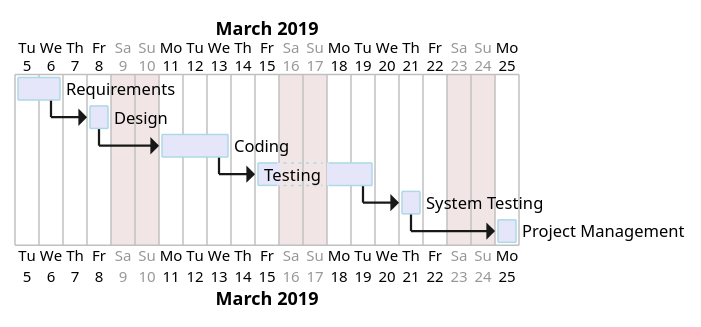
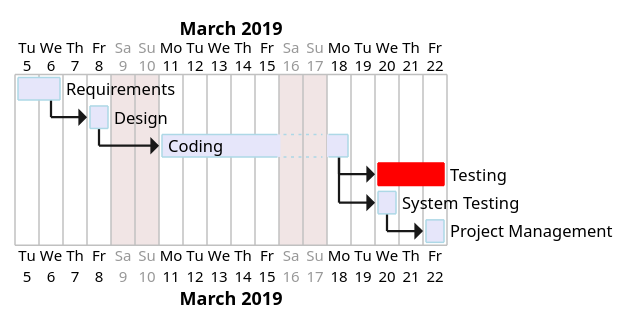
Before and after one commit to salvatore-dimartino/LaTazza: the diagram in templates/templates_EstimationTemplate.md, drawn with PlantUML.

````diff
--- a/templates/templates_EstimationTemplate.md
+++ b/templates/templates_EstimationTemplate.md
@@ -62,13 +62,13 @@
 ```plantuml
 @startgantt
 project starts the 2019/03/5
 sunday are closed
 saturday are closed
 [Requirements] lasts 2 days and is colored in Lavender/LightBlue
 [Design] lasts 1 days and starts 1 days after [Requirements]'s end and is colored in Lavender/LightBlue
-[Coding] lasts 3 days and starts 1 days after [Design]'s end and is colored in Lavender/LightBlue
-[Testing] lasts 3 days and starts 1 days after [Coding]'s end and is colored in Lavender/LightBlue
-[System Testing] lasts 1 days and starts 1 days after [Testing]'s end and is colored in Lavender/LightBlue
+[Coding] lasts 6 days and starts 1 days after [Design]'s end and is colored in Lavender/LightBlue
+[Testing] lasts 3 days and starts 1 days after [Coding]'s end and is colored in Red
+[System Testing] lasts 1 days and starts 1 days after [Coding]'s end and is colored in Lavender/LightBlue
 [Project Management] lasts 1 days and starts 1 days after [System Testing]'s end and is colored in Lavender/LightBlue
 @endgantt
 ```
````
